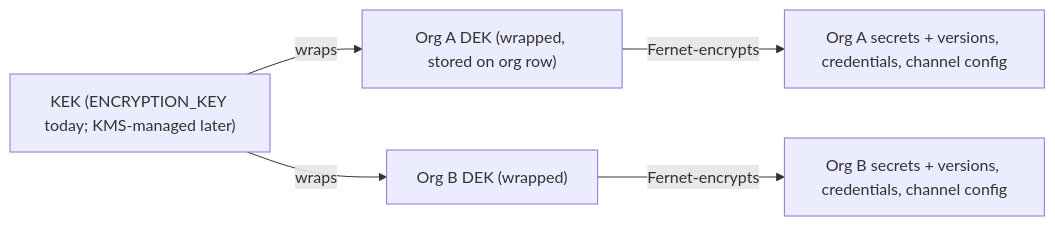
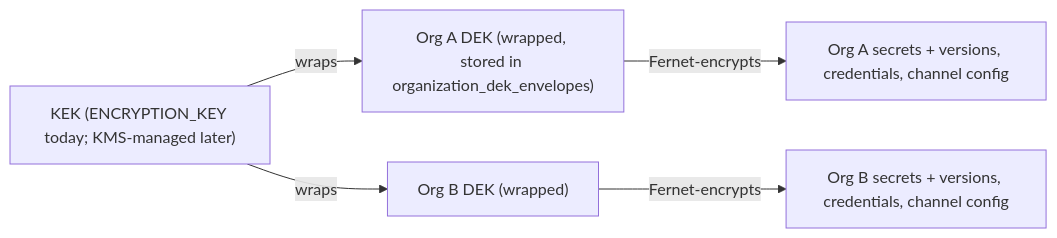
The first of 2 diagrams in docs/secrets-architecture.md (emad60/nexusops), drawn with Mermaid before and after one commit. The commit also changed other lines of this file and 19 other files, not shown here.

````diff
--- a/docs/secrets-architecture.md
+++ b/docs/secrets-architecture.md
@@ -426,7 +426,7 @@
 ```mermaid
 flowchart LR
-    KEK["KEK (ENCRYPTION_KEY today; KMS-managed later)"] -->|"wraps"| D1["Org A DEK (wrapped, stored on org row)"]
+    KEK["KEK (ENCRYPTION_KEY today; KMS-managed later)"] -->|"wraps"| D1["Org A DEK (wrapped, stored in organization_dek_envelopes)"]
     KEK -->|"wraps"| D2["Org B DEK (wrapped)"]
     D1 -->|"Fernet-encrypts"| S1["Org A secrets + versions, credentials, channel config"]
     D2 -->|"Fernet-encrypts"| S2["Org B secrets + versions, credentials, channel config"]
 ```
````
